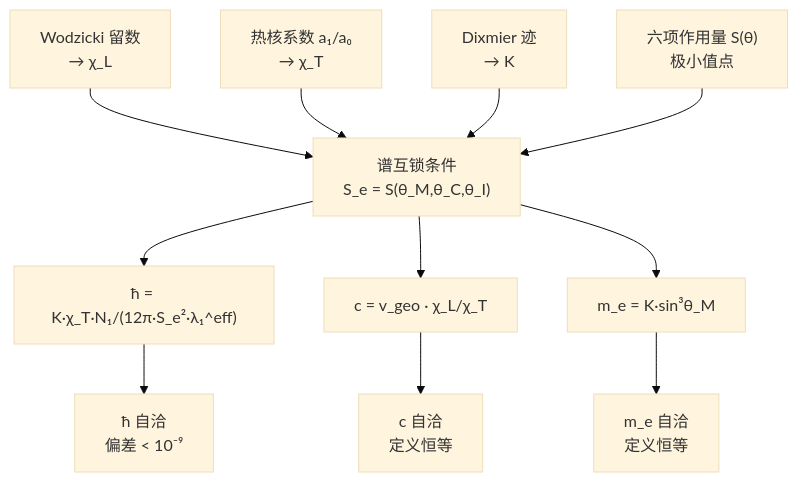
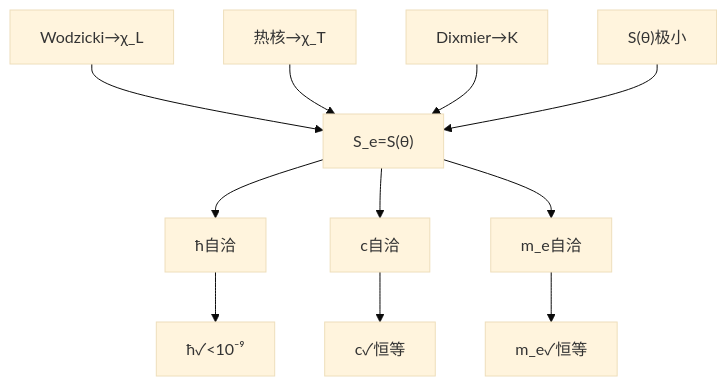
Before and after one commit to sdoygb/geometry-ai-server: the diagram in app/articles/GT-Vault/Vol-2_量纲桥/2.5_谱互锁定理_CN_260713.1.md, drawn with Mermaid (base theme).

Commit message:
AI修改: GT-Vault/Vol-2_量纲桥/2.5_谱互锁定理_CN_260713.1.md (155行)

````diff
--- a/app/articles/GT-Vault/Vol-2_量纲桥/2.5_谱互锁定理_CN_260713.1.md
+++ b/app/articles/GT-Vault/Vol-2_量纲桥/2.5_谱互锁定理_CN_260713.1.md
@@ -101,13 +101,13 @@
 ```mermaid
 flowchart TD
-    A["Wodzicki 留数<br>→ χ_L"] --> E["谱互锁条件<br>S_e = S(θ_M,θ_C,θ_I)"]
-    B["热核系数 a₁/a₀<br>→ χ_T"] --> E
-    C["Dixmier 迹<br>→ K"] --> E
-    D["六项作用量 S(θ)<br>极小值点"] --> E
-    E --> F["ħ = K·χ_T·N₁/(12π·S_e²·λ₁^eff)"]
-    E --> G["c = v_geo · χ_L/χ_T"]
-    E --> H["m_e = K·sin³θ_M"]
-    F --> I["ħ 自洽<br>偏差 < 10⁻⁹"]
-    G --> J["c 自洽<br>定义恒等"]
-    H --> K["m_e 自洽<br>定义恒等"]
+    A["Wodzicki→χ_L"] --> E["S_e=S(θ)"]
+    B["热核→χ_T"] --> E
+    C["Dixmier→K"] --> E
+    D["S(θ)极小"] --> E
+    E --> F["ħ自洽"]
+    E --> G["c自洽"]
+    E --> H["m_e自洽"]
+    F --> I["ħ✓<10⁻⁹"]
+    G --> J["c✓恒等"]
+    H --> K["m_e✓恒等"]
 ```
````
